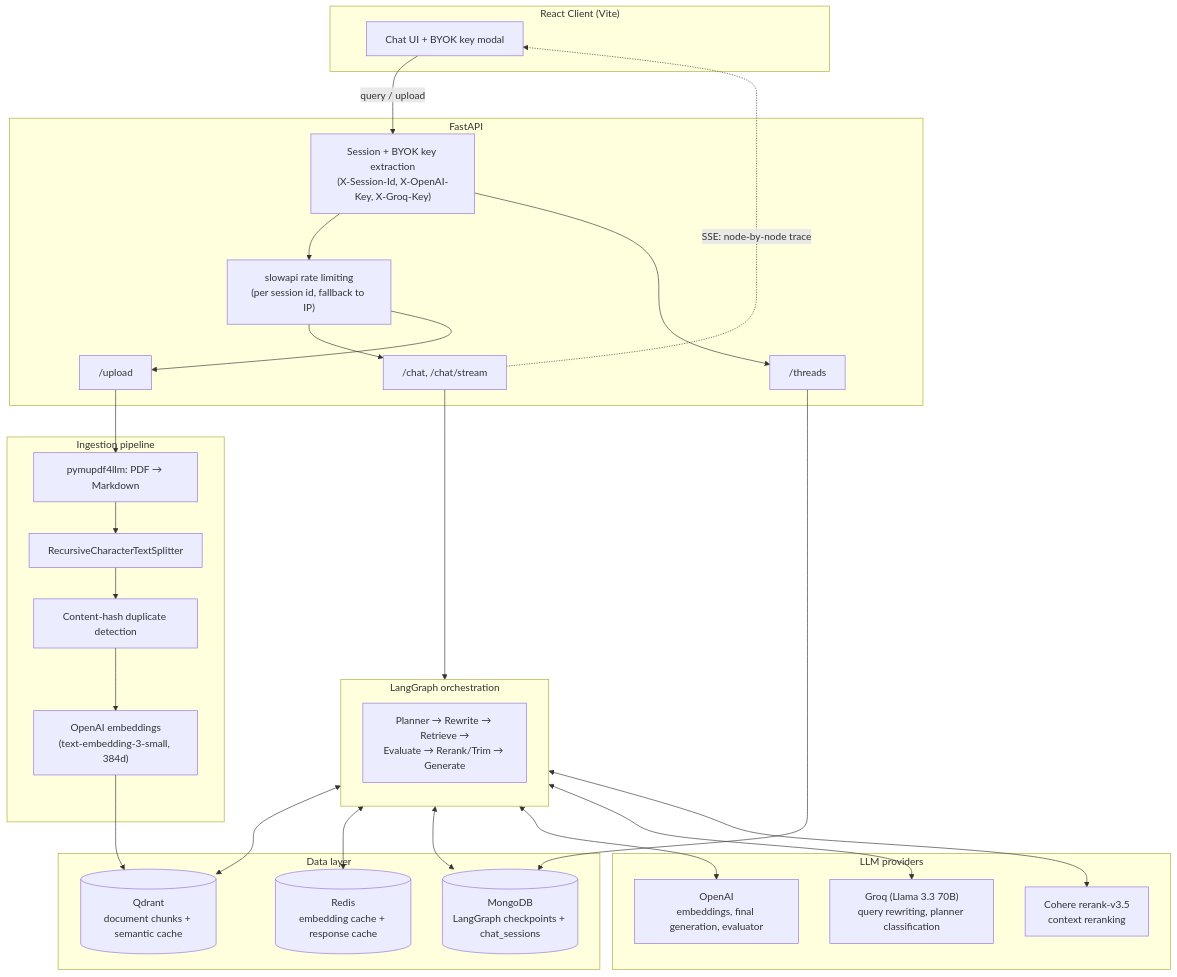
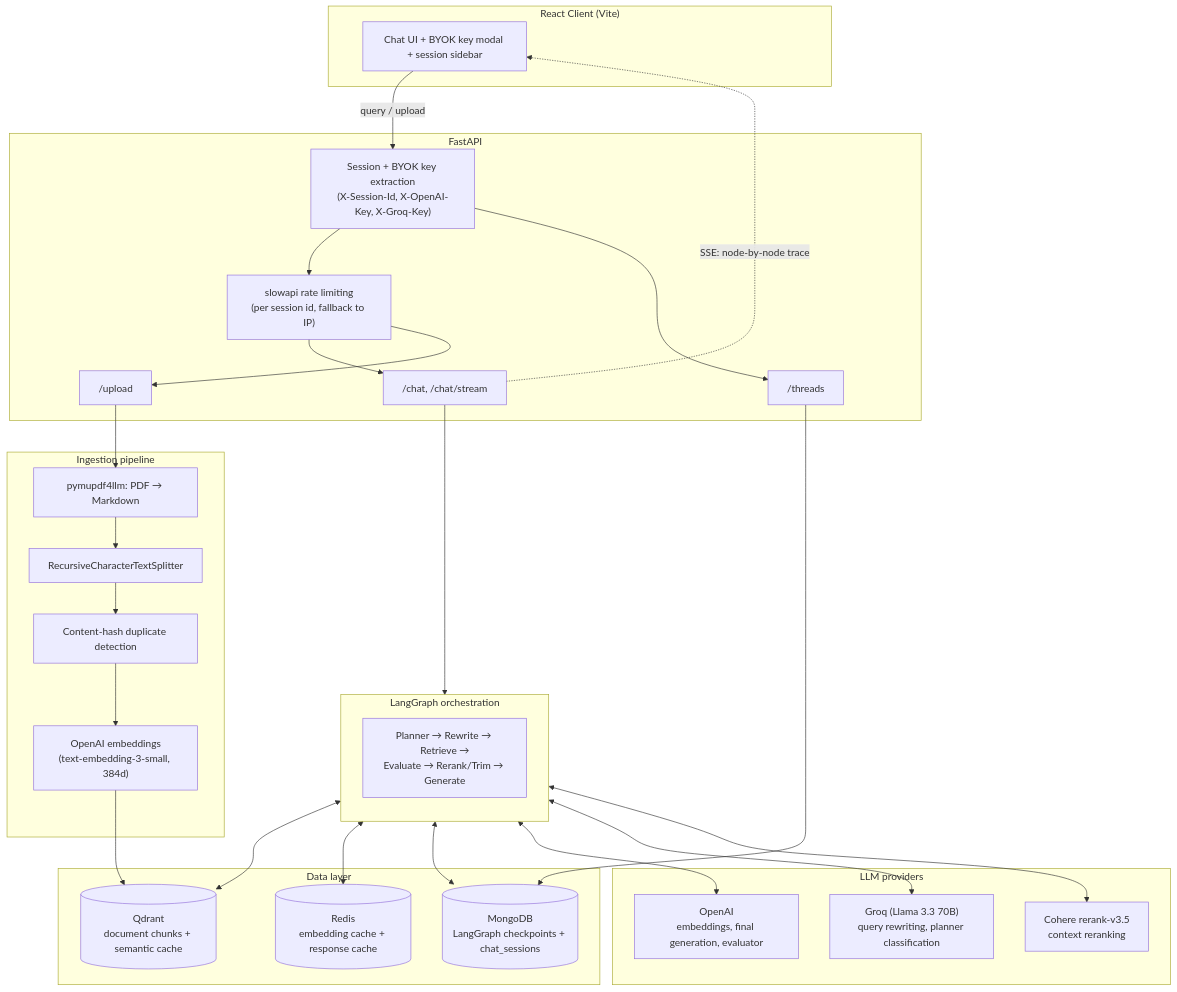
The first of 3 diagrams in README.md (yash-dev26/adaptive-RAG), drawn with Mermaid before and after one commit. The commit also changed other lines of this file, not shown here.

````diff
--- a/README.md
+++ b/README.md
@@ -41,56 +52,56 @@
 ```mermaid
 flowchart TD
     subgraph Client["React Client (Vite)"]
-        UI["Chat UI + BYOK key modal"]
+        UI["Chat UI + BYOK key modal + session sidebar"]
     end
 
     subgraph API["FastAPI"]
         Auth["Session + BYOK key extraction<br/>(X-Session-Id, X-OpenAI-Key, X-Groq-Key)"]
         RateLimit["slowapi rate limiting<br/>(per session id, fallback to IP)"]
         ChatRoute["/chat, /chat/stream"]
         UploadRoute["/upload"]
         ThreadsRoute["/threads"]
     end
 
     subgraph Ingestion["Ingestion pipeline"]
         Parse["pymupdf4llm: PDF → Markdown"]
         Chunk["RecursiveCharacterTextSplitter"]
         Dedup["Content-hash duplicate detection"]
         Embed["OpenAI embeddings<br/>(text-embedding-3-small, 384d)"]
     end
 
     subgraph Graph["LangGraph orchestration"]
         direction TB
         GraphNodes["Planner → Rewrite → Retrieve →<br/>Evaluate → Rerank/Trim → Generate"]
     end
 
     subgraph Stores["Data layer"]
         Qdrant[("Qdrant<br/>document chunks + semantic cache")]
         Redis[("Redis<br/>embedding cache + response cache")]
         Mongo[("MongoDB<br/>LangGraph checkpoints + chat_sessions")]
     end
 
     subgraph Providers["LLM providers"]
         OpenAI["OpenAI<br/>embeddings, final generation, evaluator"]
         Groq["Groq (Llama 3.3 70B)<br/>query rewriting, planner classification"]
         Cohere["Cohere rerank-v3.5<br/>context reranking"]
     end
 
     UI -->|"query / upload"| Auth
     Auth --> RateLimit --> ChatRoute
     RateLimit --> UploadRoute
     Auth --> ThreadsRoute
 
     UploadRoute --> Parse --> Chunk --> Dedup --> Embed --> Qdrant
     ChatRoute --> GraphNodes
 
     GraphNodes <--> Qdrant
     GraphNodes <--> Redis
     GraphNodes <--> Mongo
     GraphNodes <--> OpenAI
     GraphNodes <--> Groq
     GraphNodes <--> Cohere
 
     ChatRoute -.->|"SSE: node-by-node trace"| UI
     ThreadsRoute --> Mongo
 ```
````
